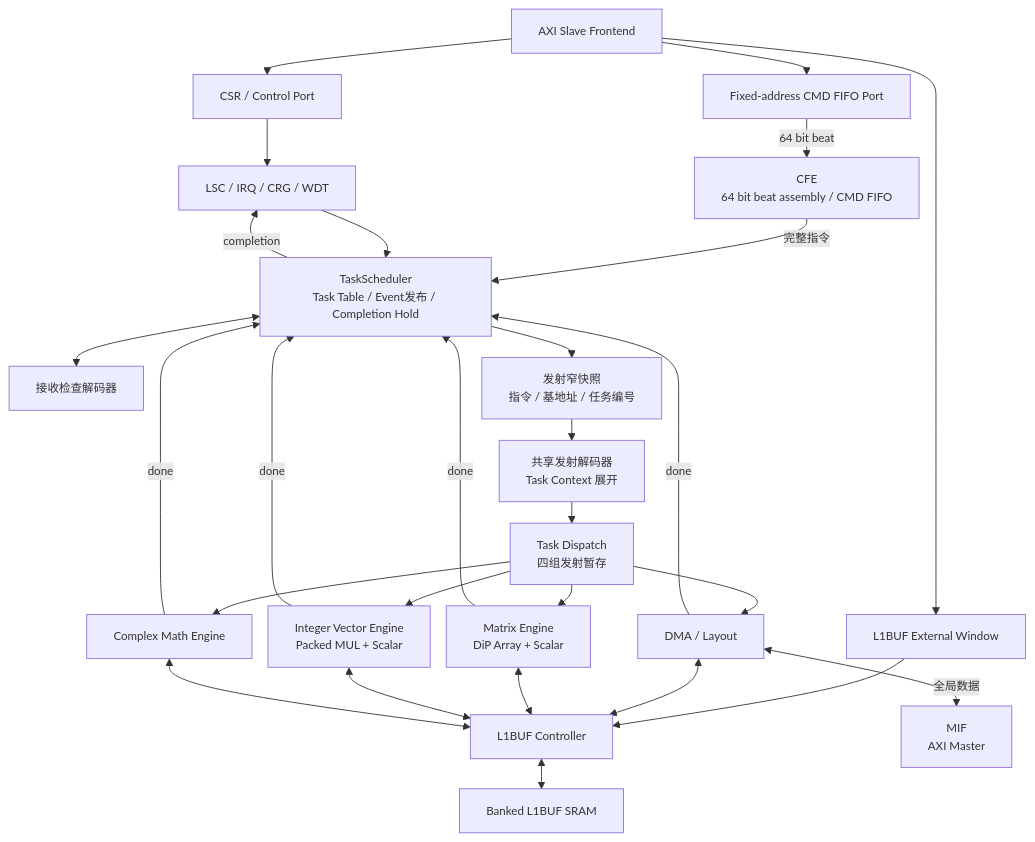
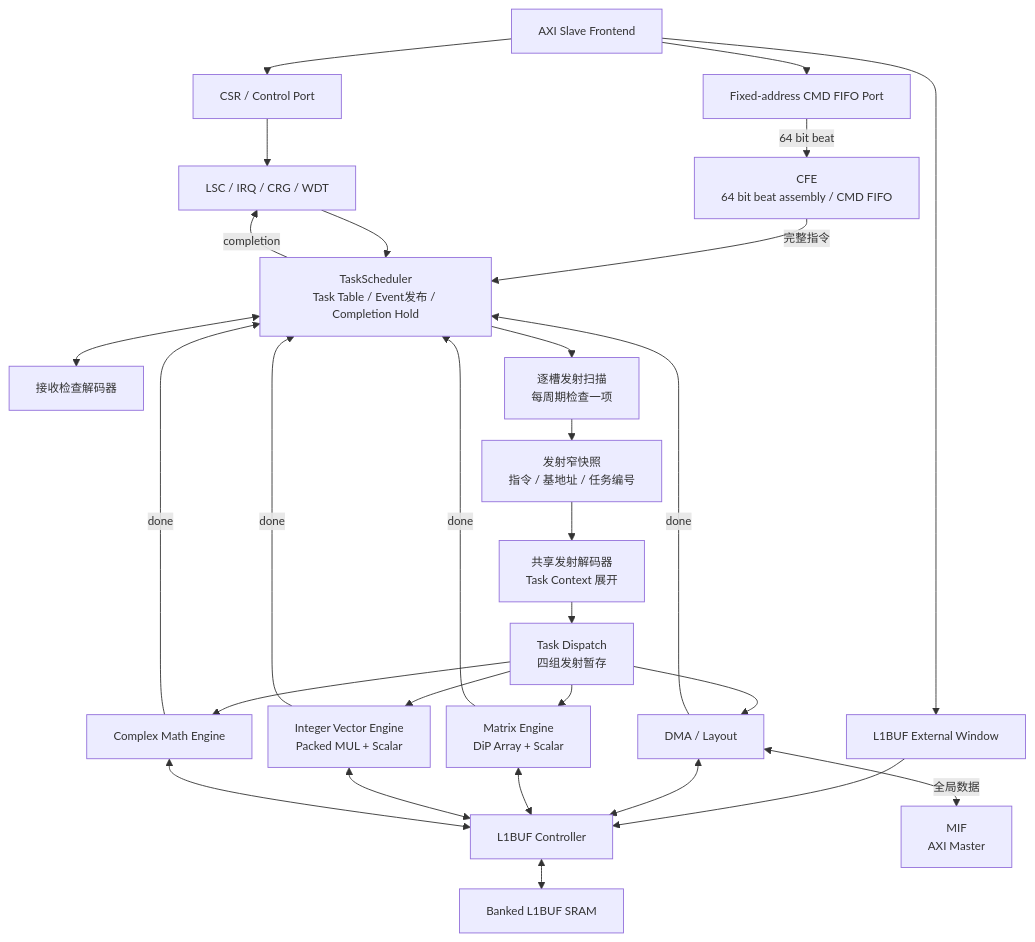
Before and after one commit to Little-W/Obsidian: the third of 21 diagrams in NPU/NPU 指令与硬件架构设计 Spec.md, drawn with Mermaid. The commit also changed other lines of this file and 9 other files, not shown here.

````diff
--- a/NPU/NPU 指令与硬件架构设计 Spec.md
+++ b/NPU/NPU 指令与硬件架构设计 Spec.md
@@ -395,47 +395,49 @@
 ```mermaid
 %%{init: {"flowchart": {"useMaxWidth": true, "nodeSpacing": 18, "rankSpacing": 24}, "themeVariables": {"fontSize": "13px"}}}%%
 flowchart TB
     AXIS["AXI Slave Frontend"]
     CSR["CSR / Control Port"]
     CMD["Fixed-address CMD FIFO Port"]
     HOSTL1["L1BUF External Window"]
     CFE["CFE<br/>64 bit beat assembly / CMD FIFO"]
     TS["TaskScheduler<br/>Task Table / Event发布 / Completion Hold"]
     CHECK["接收检查解码器"]
+    SCAN["逐槽发射扫描<br/>每周期检查一项"]
     SNAP["发射窄快照<br/>指令 / 基地址 / 任务编号"]
     DEC["共享发射解码器<br/>Task Context 展开"]
     DISP["Task Dispatch<br/>四组发射暂存"]
     DMA["DMA / Layout"]
     ME["Matrix Engine<br/>DiP Array + Scalar"]
     IVE["Integer Vector Engine<br/>Packed MUL + Scalar"]
     CME["Complex Math Engine"]
     L1C["L1BUF Controller"]
     SRAM["Banked L1BUF SRAM"]
     MIF["MIF<br/>AXI Master"]
     LSC["LSC / IRQ / CRG / WDT"]
 
     AXIS --> CSR --> LSC
     AXIS --> CMD -->|"64 bit beat"| CFE
     AXIS --> HOSTL1 --> L1C
     CFE -->|"完整指令"| TS
     TS <--> CHECK
-    TS --> SNAP
+    TS --> SCAN
+    SCAN --> SNAP
     SNAP --> DEC
     DEC --> DISP
     DISP --> DMA
     DISP --> ME
     DISP --> IVE
     DISP --> CME
     DMA <--> L1C
     ME <--> L1C
     IVE <--> L1C
     CME <--> L1C
     L1C <--> SRAM
     DMA <-->|"全局数据"| MIF
     DMA -->|"done"| TS
     ME -->|"done"| TS
     IVE -->|"done"| TS
     CME -->|"done"| TS
     TS -->|"completion"| LSC
     LSC --> TS
 ```
````
